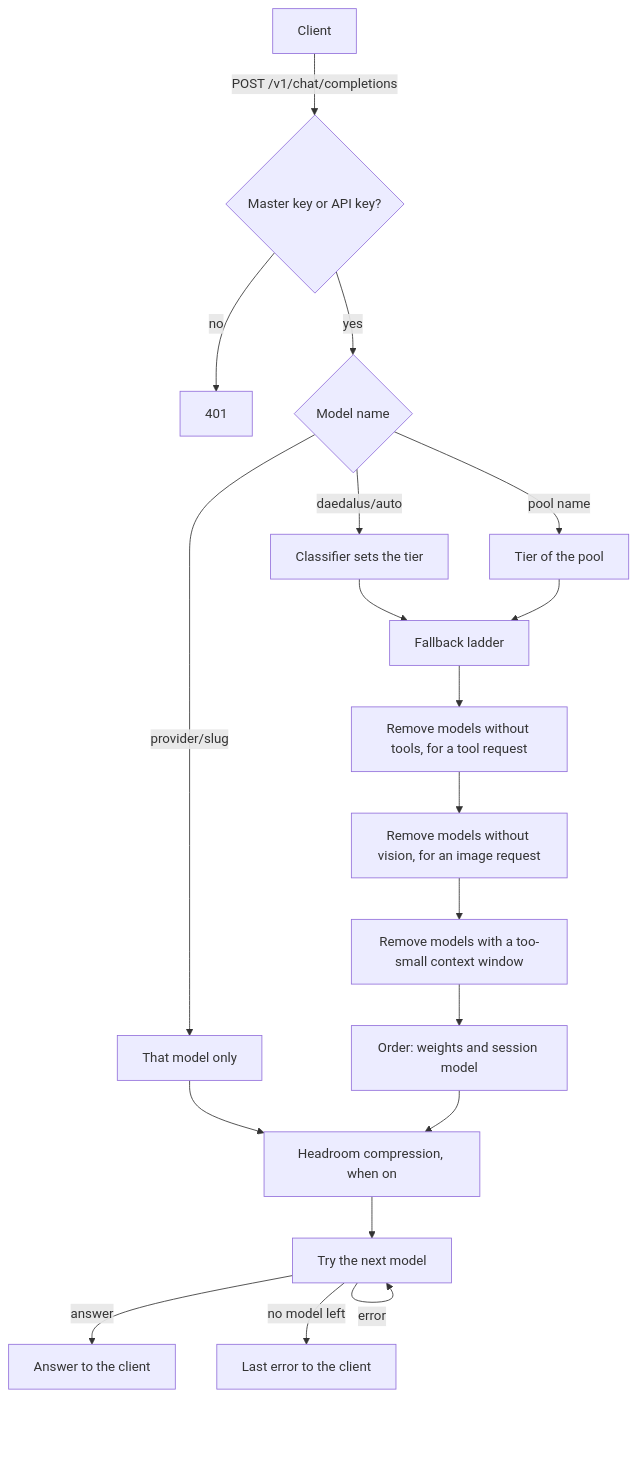
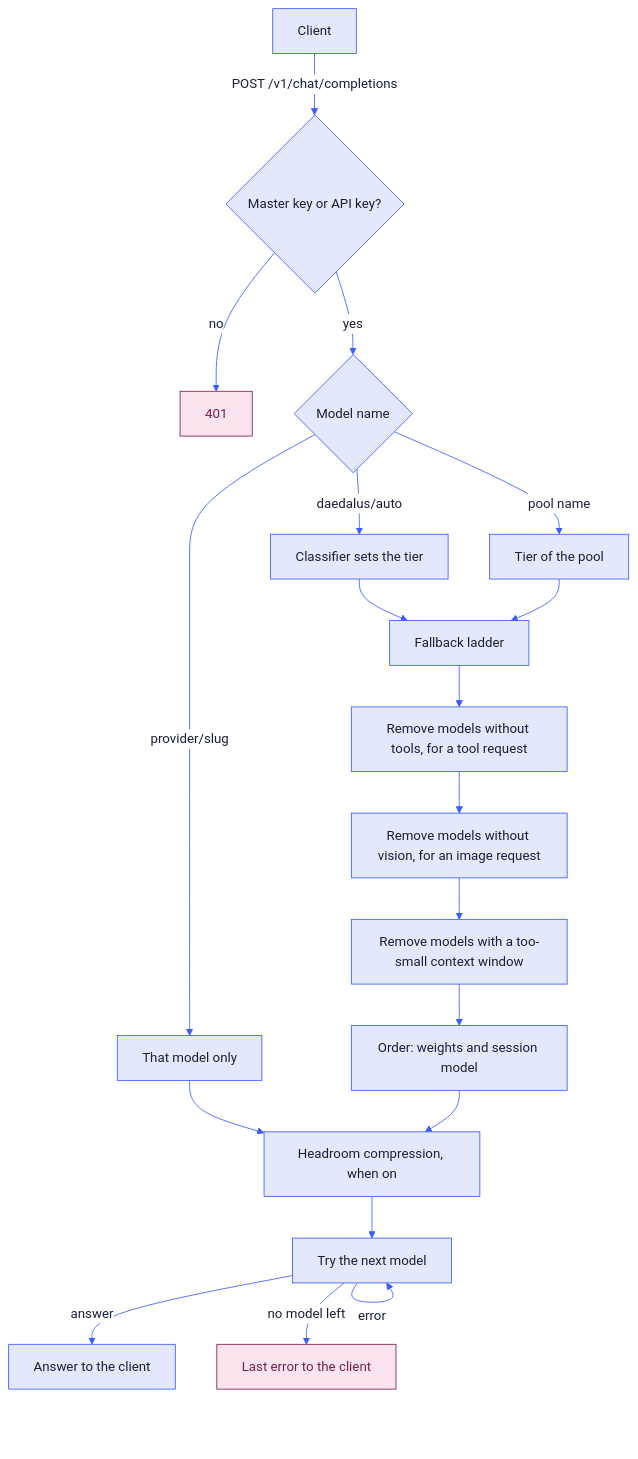
One commit to nemoe7/daedalus changed the first of 6 diagrams in docs/architecture.md. Above: the diagram before and after it, drawn with Mermaid. The commit also changed other lines of this file and 6 other files, not shown here.

Commit message:
docs: colour the diagrams, name pools by role and link LiteLLM

````diff
--- a/docs/architecture.md
+++ b/docs/architecture.md
@@ -7,21 +7,24 @@
 ```mermaid
+%%{init: {"theme": "base", "themeVariables": {"primaryColor": "#e3e8fd", "primaryBorderColor": "#3b5bfd", "primaryTextColor": "#1a1f36", "lineColor": "#3b5bfd", "textColor": "#3b5bfd", "secondaryColor": "#ede9fe", "tertiaryColor": "#f5f3ff", "clusterBkg": "#f5f3ff", "clusterBorder": "#8b5cf6", "titleColor": "#5c388c", "edgeLabelBackground": "#ffffff", "noteBkgColor": "#ede9fe", "noteBorderColor": "#8b5cf6"}}}%%
 flowchart TD
   C[Client] -->|POST /v1/chat/completions| A{Master key or API key?}
   A -->|no| E401[401]
   A -->|yes| M{Model name}
   M -->|daedalus/auto| CL[Classifier sets the tier]
   M -->|pool name| P[Tier of the pool]
   M -->|provider/slug| D[That model only]
   CL --> L[Fallback ladder]
   P --> L
   L --> F[Remove models without tools, for a tool request]
   F --> V[Remove models without vision, for an image request]
   V --> S[Remove models with a too-small context window]
   S --> O[Order: weights and session model]
   D --> H
   O --> H[Headroom compression, when on]
   H --> T[Try the next model]
   T -->|answer| OK[Answer to the client]
   T -->|error| T
   T -->|no model left| E502[Last error to the client]
+  classDef bad fill:#fbe4ee,stroke:#781f4c,color:#781f4c
+  class E401,E502 bad
 ```
````
